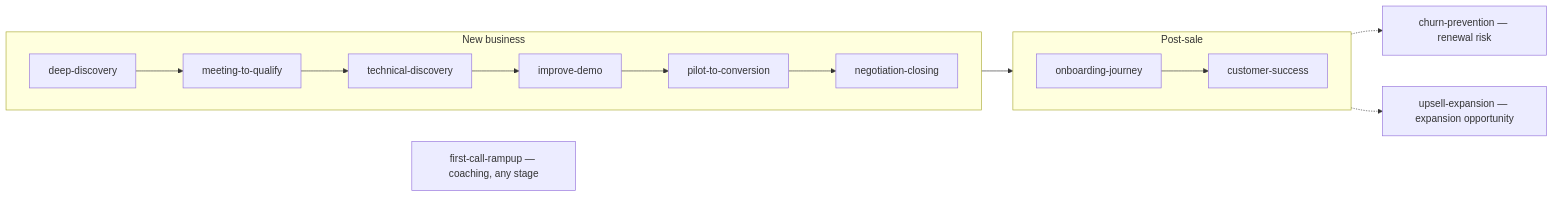
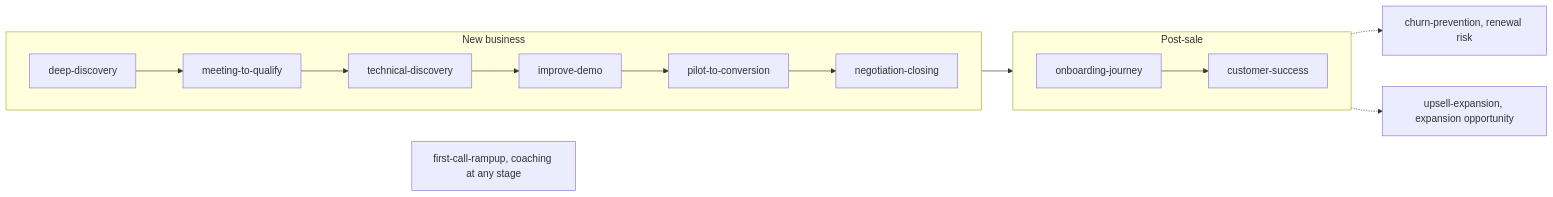
The diagram in README.md (zime-ai/zime-gtm-skills), drawn with Mermaid before and after one commit. The commit also changed other lines of this file and 5 other files, not shown here.

````diff
--- a/README.md
+++ b/README.md
@@ -134,21 +134,21 @@
 ```mermaid
 flowchart LR
     subgraph nb["New business"]
         direction LR
         dd[deep-discovery] --> mq[meeting-to-qualify]
         mq --> td[technical-discovery]
         td --> id[improve-demo]
         id --> pc[pilot-to-conversion]
         pc --> nc[negotiation-closing]
     end
     subgraph ps["Post-sale"]
         direction LR
         oj[onboarding-journey] --> cs[customer-success]
     end
     nb --> ps
-    fcr["first-call-rampup — coaching, any stage"]
-    cp["churn-prevention — renewal risk"]
-    ue["upsell-expansion — expansion opportunity"]
+    fcr["first-call-rampup, coaching at any stage"]
+    cp["churn-prevention, renewal risk"]
+    ue["upsell-expansion, expansion opportunity"]
     ps -.-> cp
     ps -.-> ue
 ```
````
